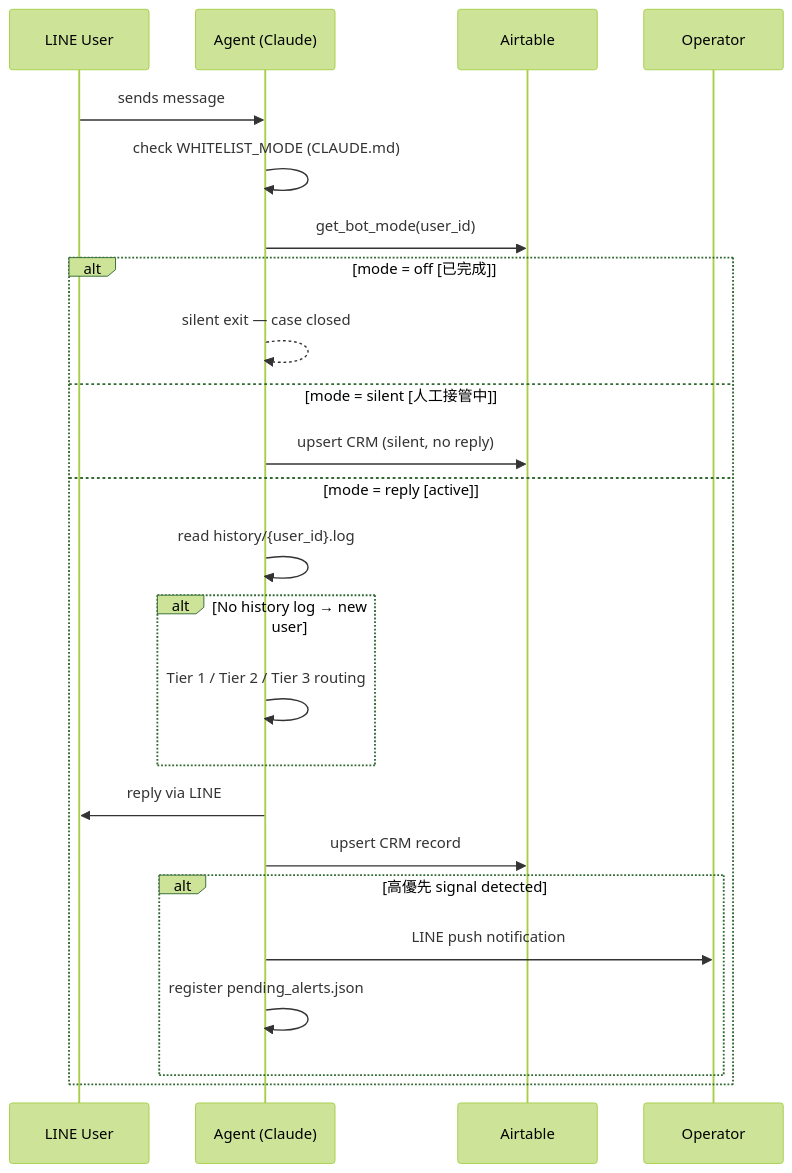
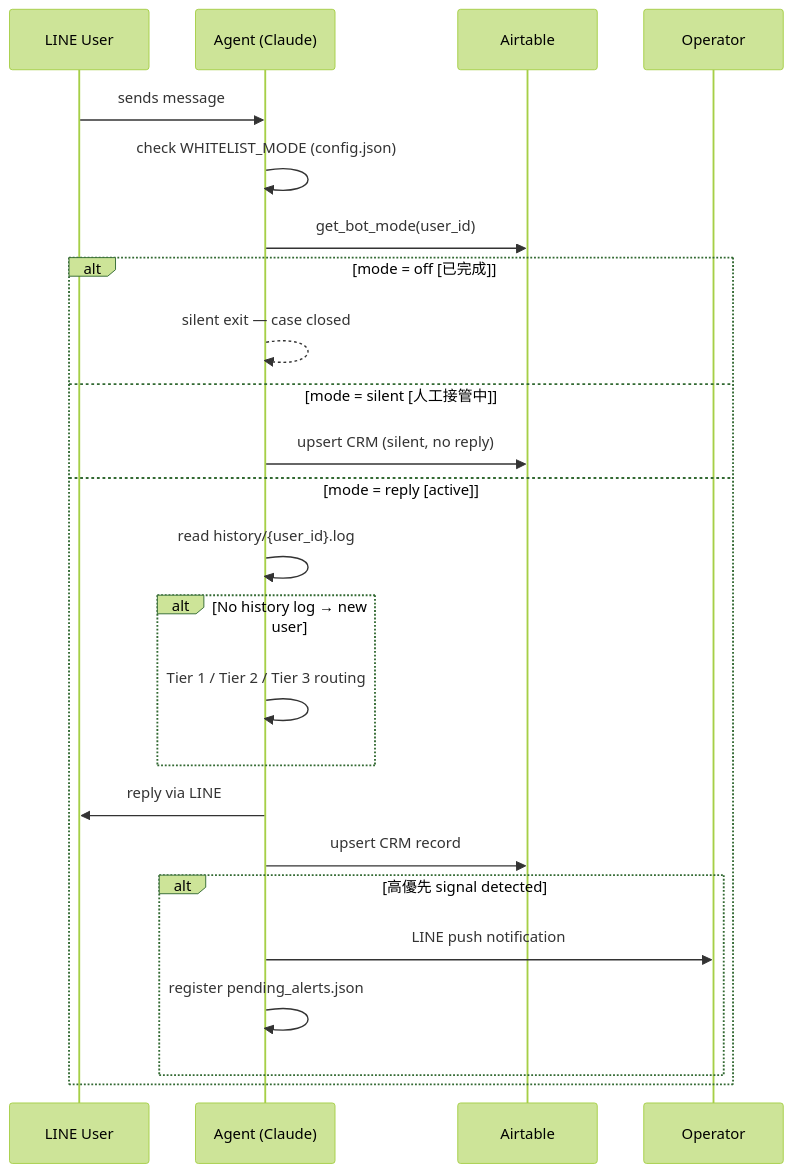
One commit to RealChrisL/scrivener-agent changed the second of 4 diagrams in README.md. Above: the diagram before and after it, drawn with Mermaid (forest theme). The commit also changed other lines of this file and 7 other files, not shown here.

First line of the commit message:
Extract config into config.json — remove all hardcoded IDs from repo

````diff
--- a/README.md
+++ b/README.md
@@ -59,28 +59,28 @@
 ```mermaid
 sequenceDiagram
     participant U as LINE User
     participant B as Agent (Claude)
     participant AT as Airtable
     participant N as Operator
 
     U->>B: sends message
-    B->>B: check WHITELIST_MODE (CLAUDE.md)
+    B->>B: check WHITELIST_MODE (config.json)
     B->>AT: get_bot_mode(user_id)
 
     alt mode = off  [已完成]
         B-->>B: silent exit — case closed
     else mode = silent  [人工接管中]
         B->>AT: upsert CRM (silent, no reply)
     else mode = reply  [active]
         B->>B: read history/{user_id}.log
         alt No history log → new user
             B->>B: Tier 1 / Tier 2 / Tier 3 routing
         end
         B->>U: reply via LINE
         B->>AT: upsert CRM record
         alt 高優先 signal detected
             B->>N: LINE push notification
             B->>B: register pending_alerts.json
         end
     end
 ```
````
